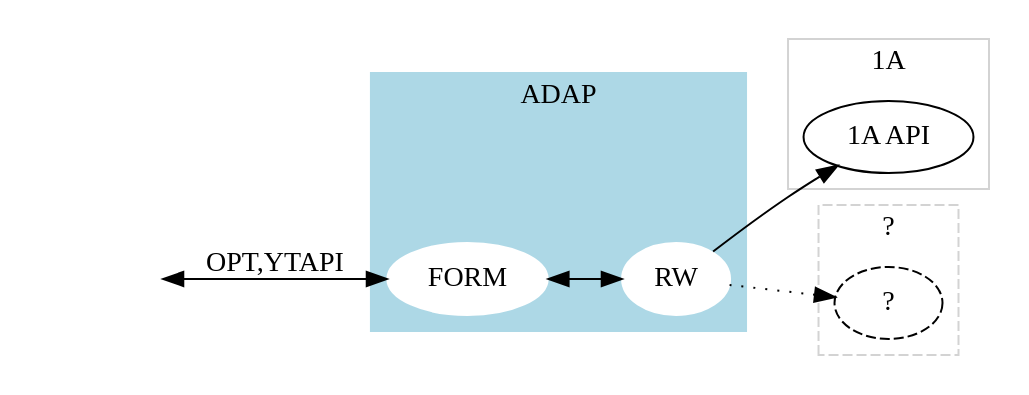
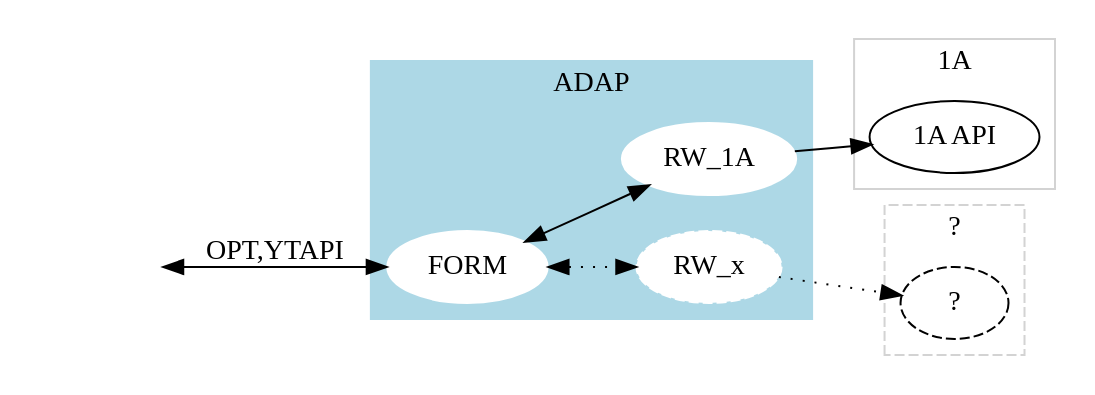
Before and after one commit to horamaAI/memacs: the second of 2 diagrams in projects/travel_agency_yta.org, drawn with Graphviz. The commit also changed other lines of this file and 1 other file, not shown here.

Commit message:
LEARN002: update learning TODO tasks

```diff
--- a/projects/travel_agency_yta.org
+++ b/projects/travel_agency_yta.org
@@ -352,32 +355,34 @@
     #+begin_src dot :file ../images/adap_libs.png :cmdline -Kdot -Tpng :exports both :cache yes
     digraph G {
       rankdir="LR"; // position left to right
       subgraph cluster_dummy {
         style=invis;
         emptynode [label="",style=invis];
       }
       subgraph cluster_0 {
         style=filled;
         color=lightblue;
         edge [dir="both"];
         node [style=filled,color=white];
         buff [label="",style=invis];
-        FORM -> RW;
+        FORM -> RW_1A;
+        RW_x [style="dashed,filled",color=white];
+        FORM -> RW_x [style="dotted"];
         label = "ADAP";
       }
       subgraph cluster_1 {
         color=lightgrey;
         ama [label="1A API"];
         label = "1A";
       }
       subgraph cluster_2 {
         color=lightgrey;
         style=dashed
         additionalgds [label="?",style=dashed];
         label = "?";
       }
       emptynode -> FORM [dir="both",label="OPT,YTAPI"];
-      RW -> ama;
-      RW -> additionalgds [style="dotted"];
+      RW_1A -> ama;
+      RW_x -> additionalgds [style="dotted"];
     }
     #+end_src
```
